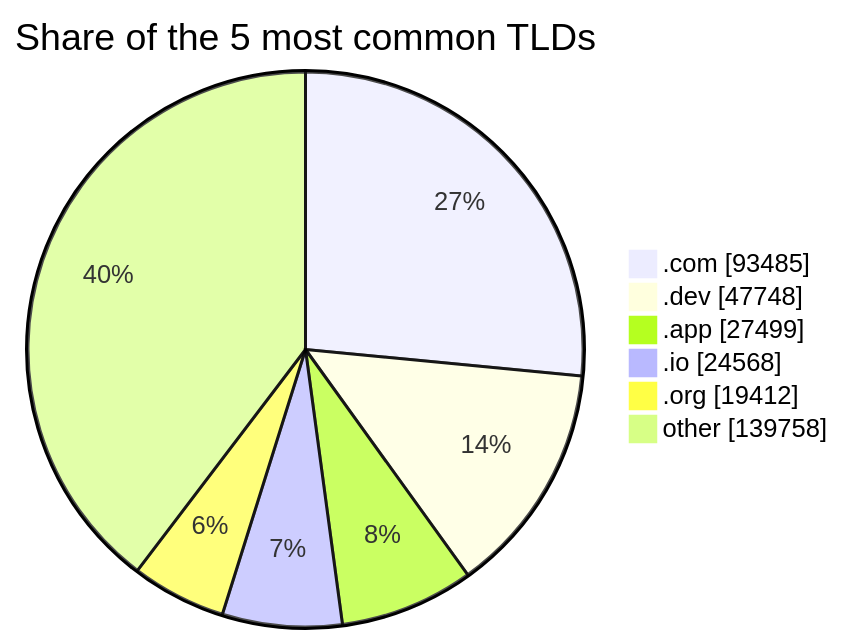
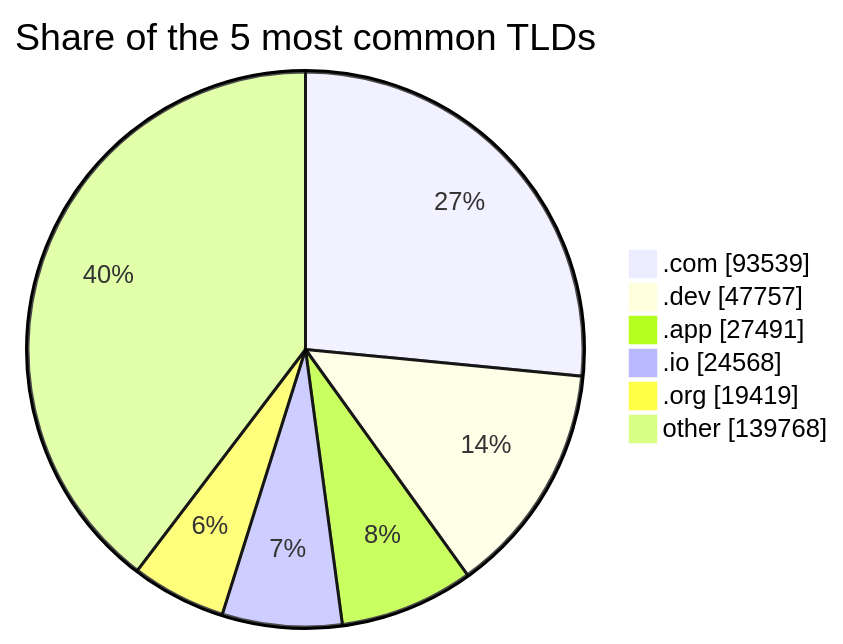
One commit to DNSBunker/CTI changed the third of 3 diagrams in README.md. Above: the diagram before and after it, drawn with Mermaid. The commit also changed other lines of this file and 3 other files, not shown here.

````diff
--- a/README.md
+++ b/README.md
@@ -81,9 +81,9 @@
 ```mermaid
 pie showData title Share of the 5 most common TLDs
-    ".com" : 93485
-    ".dev" : 47748
-    ".app" : 27499
+    ".com" : 93539
+    ".dev" : 47757
+    ".app" : 27491
     ".io" : 24568
-    ".org" : 19412
-    "other" : 139758
+    ".org" : 19419
+    "other" : 139768
 ```
````
